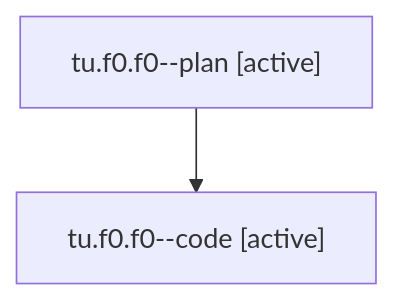
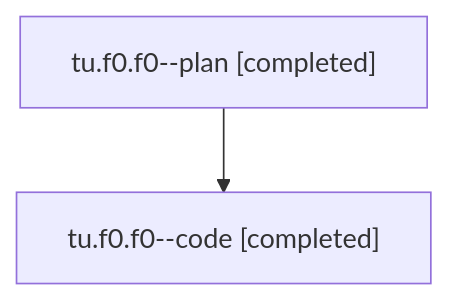
The diagram in families/bbugyi200.athena.tu.f0.f0.md (bobs-org/bob-cli--agents), drawn with Mermaid before and after one commit. The commit also changed other lines of this file and 34 other files, not shown here.

````diff
--- a/families/bbugyi200.athena.tu.f0.f0.md
+++ b/families/bbugyi200.athena.tu.f0.f0.md
@@ -9,6 +9,6 @@
 ```mermaid
 flowchart TD
-  n0["tu.f0.f0--plan [active]"]
-  n1["tu.f0.f0--code [active]"]
+  n0["tu.f0.f0--plan [completed]"]
+  n1["tu.f0.f0--code [completed]"]
   n0 --> n1
 ```
````
